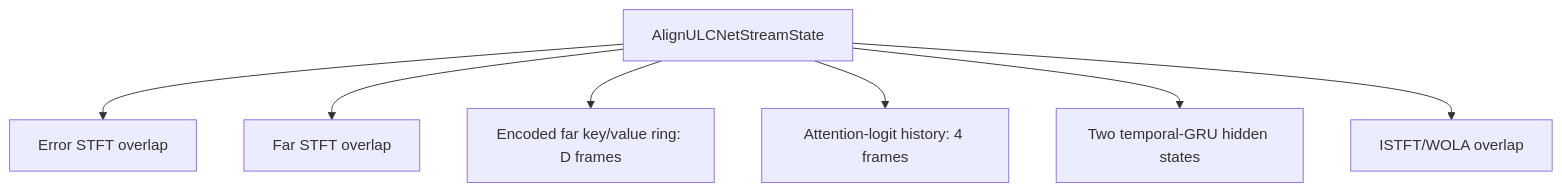
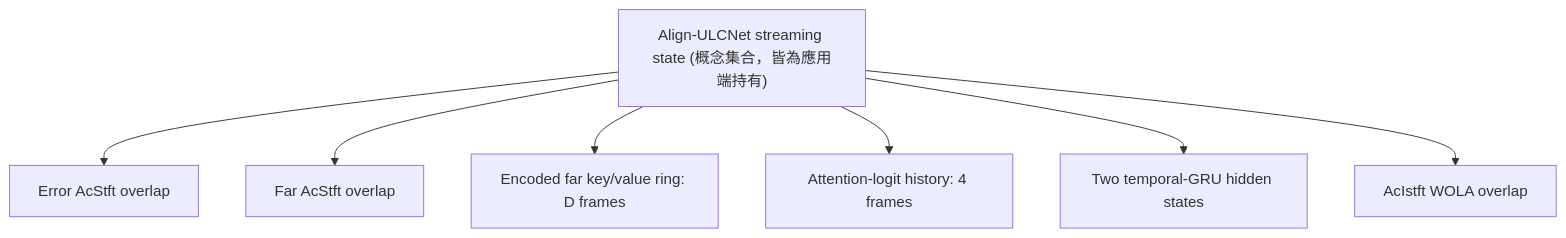
One commit to aaronhsueh0506/Audio_ALG changed the diagram in docs/align_ulcnet_embedded_streaming_design_zh_TW_01_state_wola_delay.md. Above: the diagram before and after it, drawn with Mermaid. The commit also changed other lines of this file and 220 other files, not shown here.

````diff
--- a/docs/align_ulcnet_embedded_streaming_design_zh_TW_01_state_wola_delay.md
+++ b/docs/align_ulcnet_embedded_streaming_design_zh_TW_01_state_wola_delay.md
@@ -7,10 +7,10 @@
 ```mermaid
 flowchart TB
-    S["AlignULCNetStreamState"]
-    S --> E["Error STFT overlap"]
-    S --> F["Far STFT overlap"]
+    S["Align-ULCNet streaming state (概念集合，皆為應用端持有)"]
+    S --> E["Error AcStft overlap"]
+    S --> F["Far AcStft overlap"]
     S --> K["Encoded far key/value ring: D frames"]
     S --> L["Attention-logit history: 4 frames"]
     S --> G["Two temporal-GRU hidden states"]
-    S --> O["ISTFT/WOLA overlap"]
+    S --> O["AcIstft WOLA overlap"]
 ```
````
